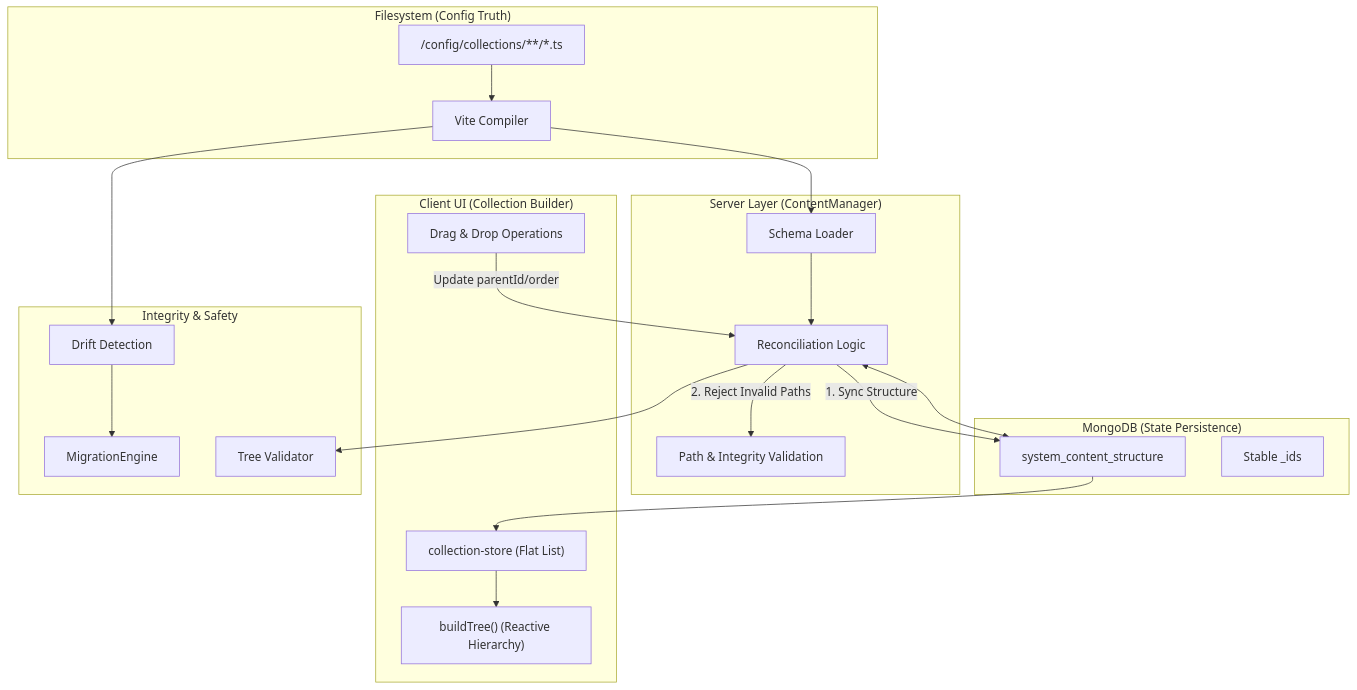
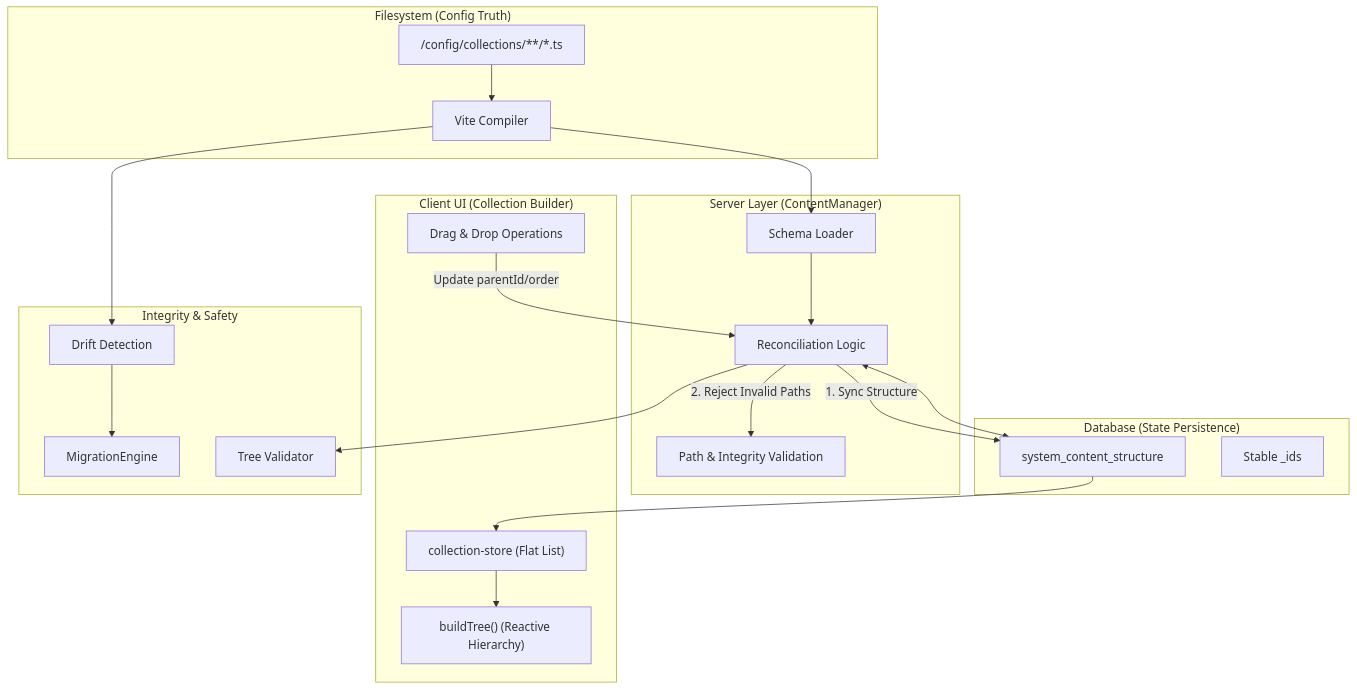
The diagram in docs/architecture/collection-builder-architecture.mdx (TamoorArif/SveltyCMS), drawn with Mermaid before and after one commit. The commit also changed other lines of this file and 176 other files, not shown here.

````diff
--- a/docs/architecture/collection-builder-architecture.mdx
+++ b/docs/architecture/collection-builder-architecture.mdx
@@ -29,47 +29,47 @@
 ```mermaid
 graph TD
     subgraph Filesystem ["Filesystem (Config Truth)"]
         FS_Collections["/config/collections/**/*.ts"]
         FS_Compiler["Vite Compiler"]
     end
 
     subgraph Server_Layer ["Server Layer (ContentManager)"]
         CM_Loader["Schema Loader"]
         CM_Reconcile["Reconciliation Logic"]
         CM_Validation["Path & Integrity Validation"]
     end
 
-    subgraph Database ["MongoDB (State Persistence)"]
+    subgraph Database ["Database (State Persistence)"]
         DB_Nodes["system_content_structure"]
         DB_IDs["Stable _ids"]
     end
 
     subgraph Client_UI ["Client UI (Collection Builder)"]
         UI_Store["collection-store (Flat List)"]
         UI_Tree["buildTree() (Reactive Hierarchy)"]
         UI_Drag["Drag & Drop Operations"]
     end
 
     FS_Collections --> FS_Compiler
     FS_Compiler --> CM_Loader
     CM_Loader --> CM_Reconcile
 
     DB_Nodes <--> CM_Reconcile
 
     CM_Reconcile -- "1. Sync Structure" --> DB_Nodes
     CM_Reconcile -- "2. Reject Invalid Paths" --> CM_Validation
 
     DB_Nodes --> UI_Store
     UI_Store --> UI_Tree
     UI_Drag -- "Update parentId/order" --> CM_Reconcile
 
     subgraph Integrity_Layer ["Integrity & Safety"]
         Migration_Engine["MigrationEngine"]
         Drift_Detection["Drift Detection"]
         Tree_Validation["Tree Validator"]
     end
 
     CM_Reconcile --> Tree_Validation
     FS_Compiler --> Drift_Detection
     Drift_Detection --> Migration_Engine
 ```
````
